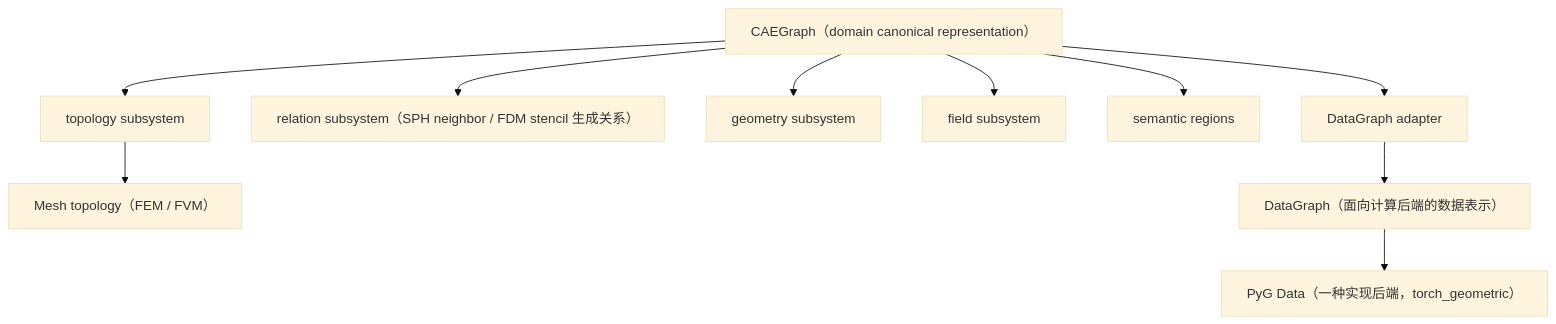
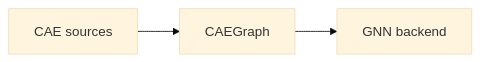
Before and after one commit to XYChouMian/caegraph: the diagram in architecture/decisions/ADR-015-caegraph-representation.md, drawn with Mermaid (base theme). The commit also changed other lines of this file, not shown here.

Commit message:
docs(adr): shrink adr-015 to canonical representation decision

````diff
--- a/architecture/decisions/ADR-015-caegraph-representation.md
+++ b/architecture/decisions/ADR-015-caegraph-representation.md
@@ -102,15 +40,7 @@
 ```mermaid
-flowchart TD
-    C["CAEGraph（domain canonical representation）"]
-    C --> T["topology subsystem"]
-    T --> M["Mesh topology（FEM / FVM）"]
-    C --> R["relation subsystem（SPH neighbor / FDM stencil 生成关系）"]
-    C --> G["geometry subsystem"]
-    C --> F["field subsystem"]
-    C --> RG["semantic regions"]
-    C --> A["DataGraph adapter"]
-    A --> DG["DataGraph（面向计算后端的数据表示）"]
-    DG --> P["PyG Data（一种实现后端，torch_geometric）"]
+flowchart LR
+    A["CAE sources"] --> B["CAEGraph"]
+    B --> C["GNN backend"]
     classDef nowrap white-space:nowrap
-    class C,T,M,R,G,F,RG,A,DG,P nowrap
+    class A,B,C nowrap
 ```
````
